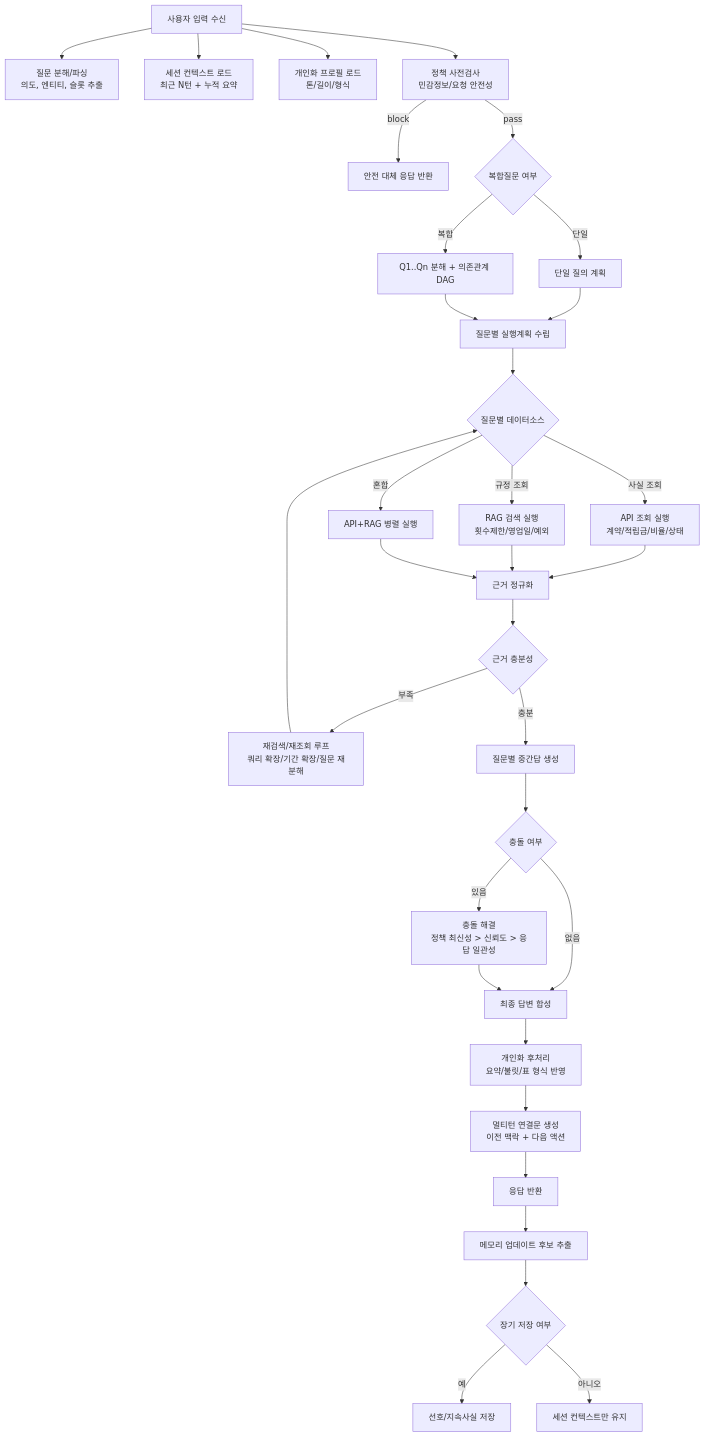
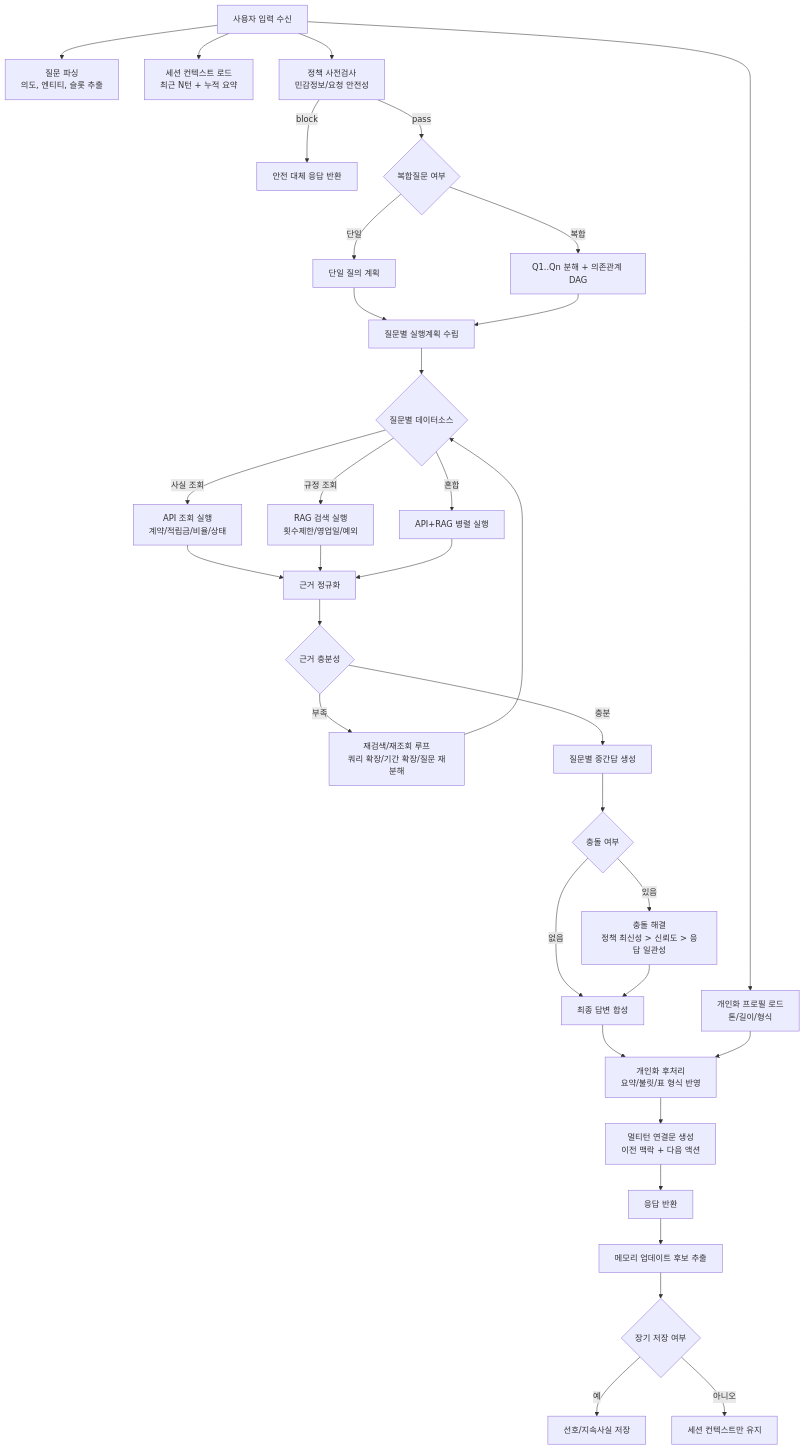
One commit to kijungchoi-hub/aia-multiturn-with-llm-and-rag changed the diagram in docs/multiturn-dialog-flow-advanced.md. Above: the diagram before and after it, drawn with Mermaid. The commit also changed other lines of this file, not shown here.

````diff
--- a/docs/multiturn-dialog-flow-advanced.md
+++ b/docs/multiturn-dialog-flow-advanced.md
@@ -48,44 +52,45 @@
 ```mermaid
 flowchart TD
-    A[사용자 입력 수신] --> B[질문 분해/파싱<br/>의도, 엔티티, 슬롯 추출]
+    A[사용자 입력 수신] --> B[질문 파싱<br/>의도, 엔티티, 슬롯 추출]
     A --> C[세션 컨텍스트 로드<br/>최근 N턴 + 누적 요약]
     A --> D[개인화 프로필 로드<br/>톤/길이/형식]
     A --> P[정책 사전검사<br/>민감정보/요청 안전성]
 
     P -->|block| PX[안전 대체 응답 반환]
     P -->|pass| E{복합질문 여부}
 
     E -->|단일| F1[단일 질의 계획]
     E -->|복합| F2[Q1..Qn 분해 + 의존관계 DAG]
 
     F1 --> G
     F2 --> G[질문별 실행계획 수립]
 
     G --> H{질문별 데이터소스}
     H -->|사실 조회| I[API 조회 실행<br/>계약/적립금/비율/상태]
     H -->|규정 조회| J[RAG 검색 실행<br/>횟수제한/영업일/예외]
     H -->|혼합| K[API+RAG 병렬 실행]
 
     I --> L[근거 정규화]
     J --> L
     K --> L
 
     L --> M{근거 충분성}
     M -->|부족| N[재검색/재조회 루프<br/>쿼리 확장/기간 확장/질문 재분해]
     N --> H
     M -->|충분| O[질문별 중간답 생성]
 
     O --> Q{충돌 여부}
     Q -->|있음| R[충돌 해결<br/>정책 최신성 > 신뢰도 > 응답 일관성]
     Q -->|없음| S
     R --> S[최종 답변 합성]
 
     S --> T[개인화 후처리<br/>요약/불릿/표 형식 반영]
+    D --> T
     T --> U[멀티턴 연결문 생성<br/>이전 맥락 + 다음 액션]
     U --> V[응답 반환]
 
     V --> W[메모리 업데이트 후보 추출]
     W --> X{장기 저장 여부}
     X -->|예| Y[선호/지속사실 저장]
     X -->|아니오| Z[세션 컨텍스트만 유지]
 ```
````
